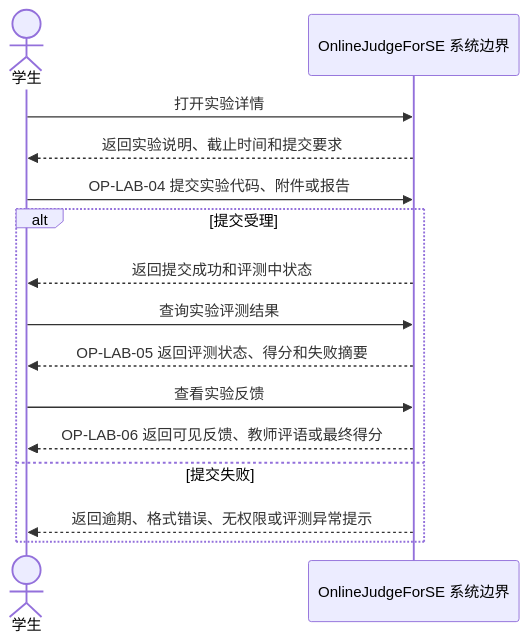
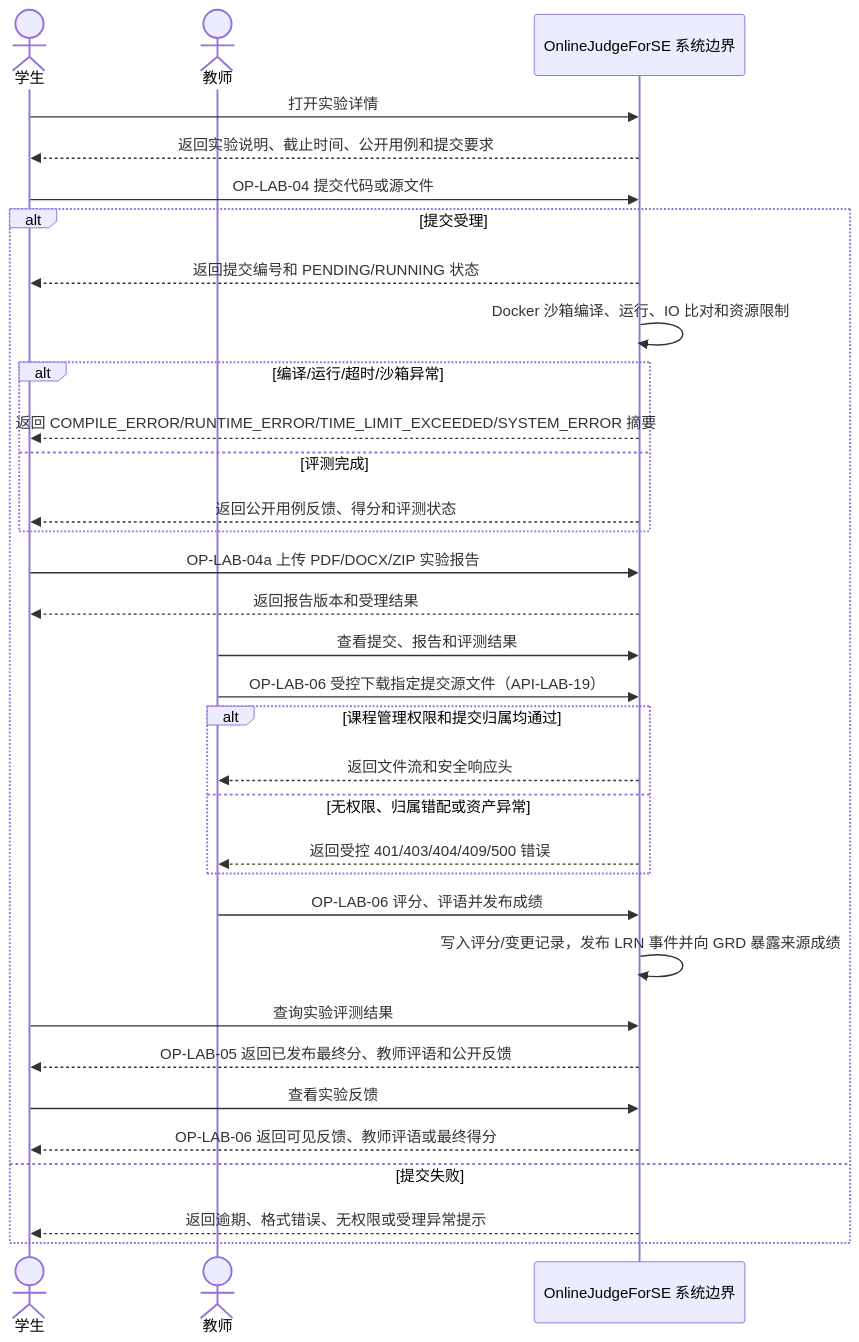
The diagram in docs/diagrams/srs/fig_4_13_lab_submission_ssd.mmd (Cr4zyorange/OnlineJudge), drawn with Mermaid before and after one commit. The commit also changed 10 other files, not shown here.

```diff
--- a/docs/diagrams/srs/fig_4_13_lab_submission_ssd.mmd
+++ b/docs/diagrams/srs/fig_4_13_lab_submission_ssd.mmd
@@ -1,15 +1,33 @@
 sequenceDiagram
   actor Student as 学生
+  actor Teacher as 教师
   participant System as OnlineJudgeForSE 系统边界
   Student->>System: 打开实验详情
-  System-->>Student: 返回实验说明、截止时间和提交要求
-  Student->>System: OP-LAB-04 提交实验代码、附件或报告
+  System-->>Student: 返回实验说明、截止时间、公开用例和提交要求
+  Student->>System: OP-LAB-04 提交代码或源文件
   alt 提交受理
-    System-->>Student: 返回提交成功和评测中状态
+    System-->>Student: 返回提交编号和 PENDING/RUNNING 状态
+    System->>System: Docker 沙箱编译、运行、IO 比对和资源限制
+    alt 编译/运行/超时/沙箱异常
+      System-->>Student: 返回 COMPILE_ERROR/RUNTIME_ERROR/TIME_LIMIT_EXCEEDED/SYSTEM_ERROR 摘要
+    else 评测完成
+      System-->>Student: 返回公开用例反馈、得分和评测状态
+    end
+    Student->>System: OP-LAB-04a 上传 PDF/DOCX/ZIP 实验报告
+    System-->>Student: 返回报告版本和受理结果
+    Teacher->>System: 查看提交、报告和评测结果
+    Teacher->>System: OP-LAB-06 受控下载指定提交源文件（API-LAB-19）
+    alt 课程管理权限和提交归属均通过
+      System-->>Teacher: 返回文件流和安全响应头
+    else 无权限、归属错配或资产异常
+      System-->>Teacher: 返回受控 401/403/404/409/500 错误
+    end
+    Teacher->>System: OP-LAB-06 评分、评语并发布成绩
+    System->>System: 写入评分/变更记录，发布 LRN 事件并向 GRD 暴露来源成绩
     Student->>System: 查询实验评测结果
-    System-->>Student: OP-LAB-05 返回评测状态、得分和失败摘要
+    System-->>Student: OP-LAB-05 返回已发布最终分、教师评语和公开反馈
     Student->>System: 查看实验反馈
     System-->>Student: OP-LAB-06 返回可见反馈、教师评语或最终得分
   else 提交失败
-    System-->>Student: 返回逾期、格式错误、无权限或评测异常提示
+    System-->>Student: 返回逾期、格式错误、无权限或受理异常提示
   end
```
